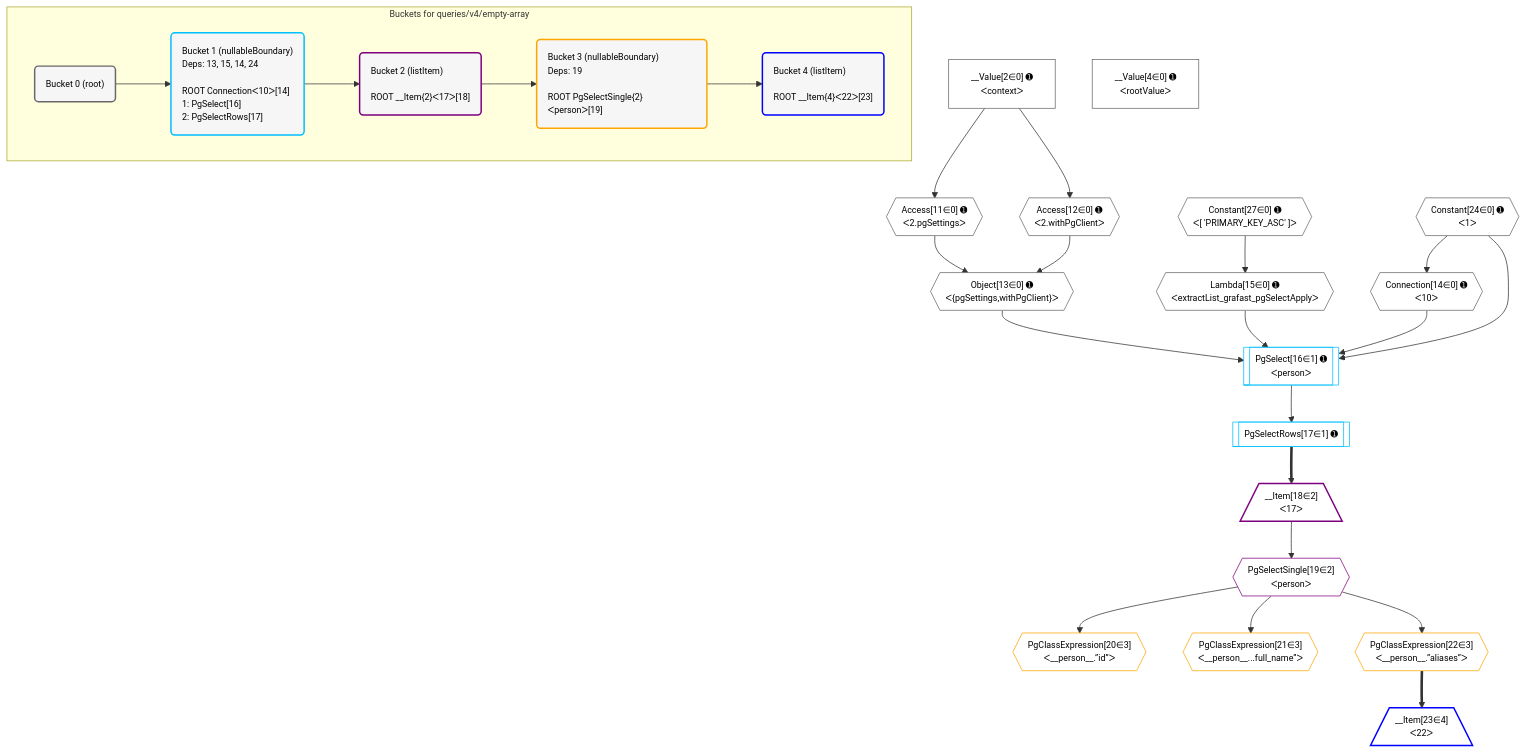
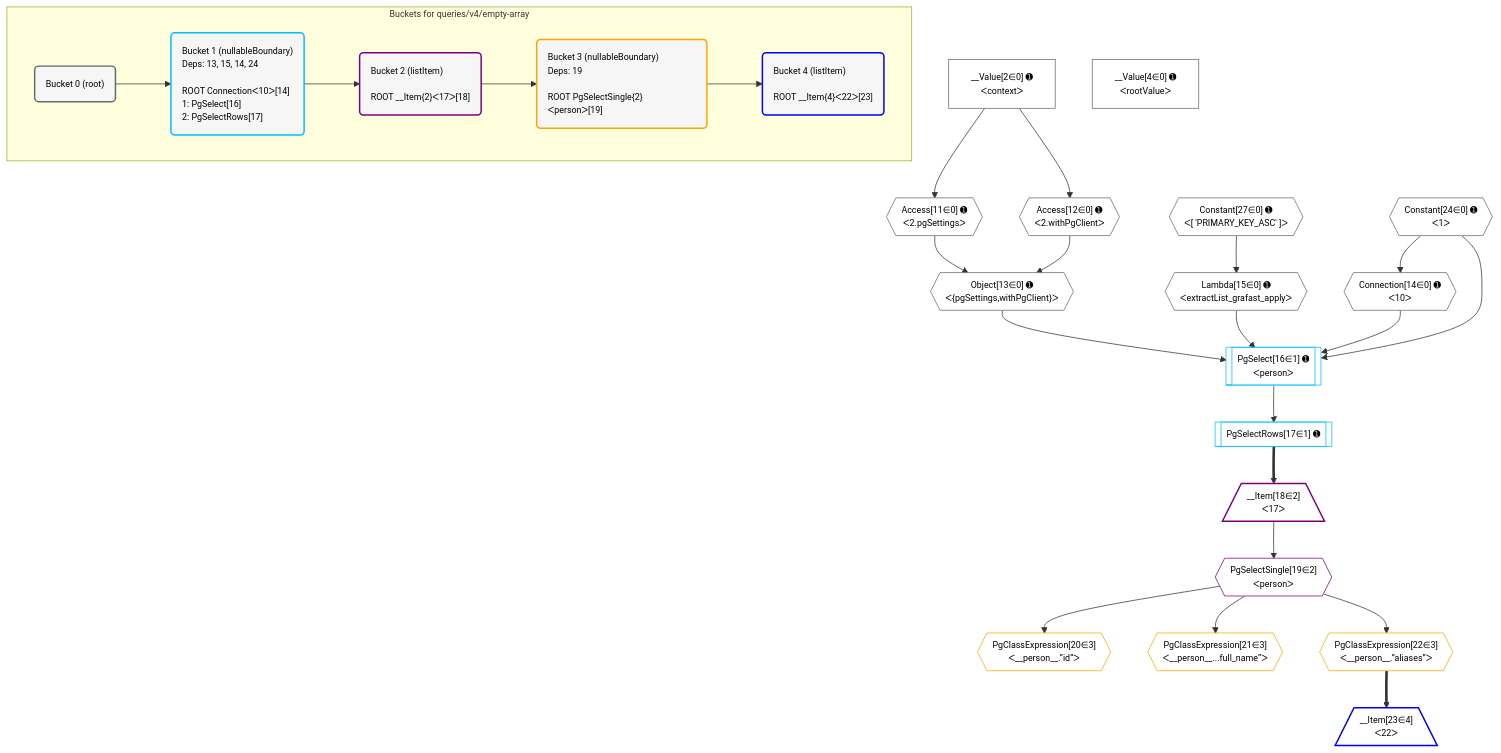
Before and after one commit to graphile/crystal: the diagram in postgraphile/postgraphile/__tests__/queries/v4/empty-array.mermaid, drawn with Mermaid. The commit also changed 161 other files, not shown here.

```diff
--- a/postgraphile/postgraphile/__tests__/queries/v4/empty-array.mermaid
+++ b/postgraphile/postgraphile/__tests__/queries/v4/empty-array.mermaid
@@ -1,65 +1,65 @@
 %%{init: {'themeVariables': { 'fontSize': '12px'}}}%%
 graph TD
     classDef path fill:#eee,stroke:#000,color:#000
     classDef plan fill:#fff,stroke-width:1px,color:#000
     classDef itemplan fill:#fff,stroke-width:2px,color:#000
     classDef unbatchedplan fill:#dff,stroke-width:1px,color:#000
     classDef sideeffectplan fill:#fcc,stroke-width:2px,color:#000
     classDef bucket fill:#f6f6f6,color:#000,stroke-width:2px,text-align:left
 
 
     %% plan dependencies
     Object13{{"Object[13∈0] ➊<br />ᐸ{pgSettings,withPgClient}ᐳ"}}:::plan
     Access11{{"Access[11∈0] ➊<br />ᐸ2.pgSettingsᐳ"}}:::plan
     Access12{{"Access[12∈0] ➊<br />ᐸ2.withPgClientᐳ"}}:::plan
     Access11 & Access12 --> Object13
     __Value2["__Value[2∈0] ➊<br />ᐸcontextᐳ"]:::plan
     __Value2 --> Access11
     __Value2 --> Access12
     Connection14{{"Connection[14∈0] ➊<br />ᐸ10ᐳ"}}:::plan
     Constant24{{"Constant[24∈0] ➊<br />ᐸ1ᐳ"}}:::plan
     Constant24 --> Connection14
-    Lambda15{{"Lambda[15∈0] ➊<br />ᐸextractList_grafast_pgSelectApplyᐳ"}}:::plan
+    Lambda15{{"Lambda[15∈0] ➊<br />ᐸextractList_grafast_applyᐳ"}}:::plan
     Constant27{{"Constant[27∈0] ➊<br />ᐸ[ 'PRIMARY_KEY_ASC' ]ᐳ"}}:::plan
     Constant27 --> Lambda15
     __Value4["__Value[4∈0] ➊<br />ᐸrootValueᐳ"]:::plan
     PgSelect16[["PgSelect[16∈1] ➊<br />ᐸpersonᐳ"]]:::plan
     Object13 & Lambda15 & Connection14 & Constant24 --> PgSelect16
     PgSelectRows17[["PgSelectRows[17∈1] ➊"]]:::plan
     PgSelect16 --> PgSelectRows17
     __Item18[/"__Item[18∈2]<br />ᐸ17ᐳ"\]:::itemplan
     PgSelectRows17 ==> __Item18
     PgSelectSingle19{{"PgSelectSingle[19∈2]<br />ᐸpersonᐳ"}}:::plan
     __Item18 --> PgSelectSingle19
     PgClassExpression20{{"PgClassExpression[20∈3]<br />ᐸ__person__.”id”ᐳ"}}:::plan
     PgSelectSingle19 --> PgClassExpression20
     PgClassExpression21{{"PgClassExpression[21∈3]<br />ᐸ__person__...full_name”ᐳ"}}:::plan
     PgSelectSingle19 --> PgClassExpression21
     PgClassExpression22{{"PgClassExpression[22∈3]<br />ᐸ__person__.”aliases”ᐳ"}}:::plan
     PgSelectSingle19 --> PgClassExpression22
     __Item23[/"__Item[23∈4]<br />ᐸ22ᐳ"\]:::itemplan
     PgClassExpression22 ==> __Item23
 
     %% define steps
 
     subgraph "Buckets for queries/v4/empty-array"
     Bucket0("Bucket 0 (root)"):::bucket
     classDef bucket0 stroke:#696969
     class Bucket0,__Value2,__Value4,Access11,Access12,Object13,Connection14,Lambda15,Constant24,Constant27 bucket0
     Bucket1("Bucket 1 (nullableBoundary)<br />Deps: 13, 15, 14, 24<br /><br />ROOT Connectionᐸ10ᐳ[14]<br />1: PgSelect[16]<br />2: PgSelectRows[17]"):::bucket
     classDef bucket1 stroke:#00bfff
     class Bucket1,PgSelect16,PgSelectRows17 bucket1
     Bucket2("Bucket 2 (listItem)<br /><br />ROOT __Item{2}ᐸ17ᐳ[18]"):::bucket
     classDef bucket2 stroke:#7f007f
     class Bucket2,__Item18,PgSelectSingle19 bucket2
     Bucket3("Bucket 3 (nullableBoundary)<br />Deps: 19<br /><br />ROOT PgSelectSingle{2}ᐸpersonᐳ[19]"):::bucket
     classDef bucket3 stroke:#ffa500
     class Bucket3,PgClassExpression20,PgClassExpression21,PgClassExpression22 bucket3
     Bucket4("Bucket 4 (listItem)<br /><br />ROOT __Item{4}ᐸ22ᐳ[23]"):::bucket
     classDef bucket4 stroke:#0000ff
     class Bucket4,__Item23 bucket4
     Bucket0 --> Bucket1
     Bucket1 --> Bucket2
     Bucket2 --> Bucket3
     Bucket3 --> Bucket4
     end
```
